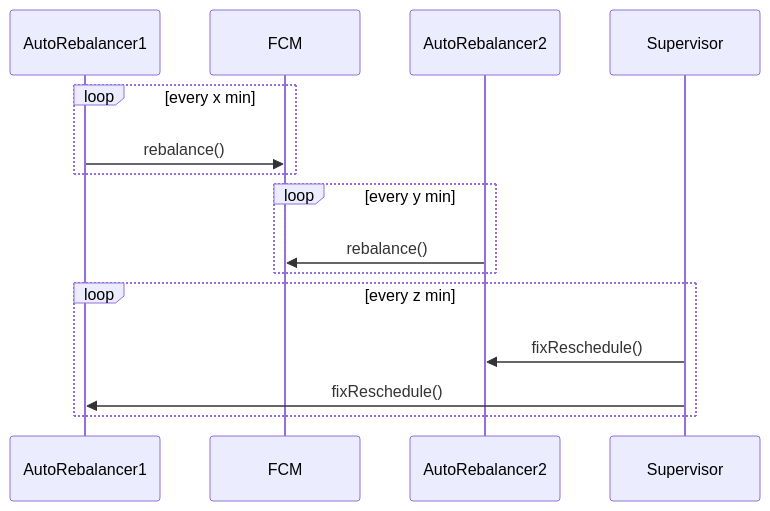
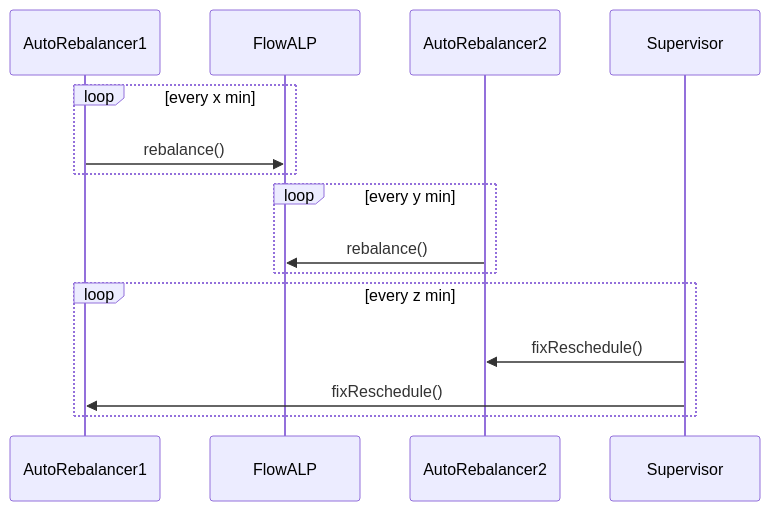
The third of 3 diagrams in RebalanceArchitecture.md (onflow/FlowALP), drawn with Mermaid before and after one commit. The commit also changed other lines of this file and 1 other file, not shown here.

Commit message:
docs: align FlowALP naming in architecture and readme

````diff
--- a/RebalanceArchitecture.md
+++ b/RebalanceArchitecture.md
@@ -87,17 +89,17 @@
 ```mermaid
 sequenceDiagram
     participant AB1 as AutoRebalancer1
-    participant FCM
+    participant FlowALP
     participant AB2 as AutoRebalancer2
     participant SUP as Supervisor
     loop every x min
-    AB1->>FCM: rebalance()
+    AB1->>FlowALP: rebalance()
     end
     loop every y min
-    AB2->>FCM: rebalance()
+    AB2->>FlowALP: rebalance()
     end
     loop every z min
     SUP->>AB2: fixReschedule()
     SUP->>AB1: fixReschedule()
     end
 ```
````
